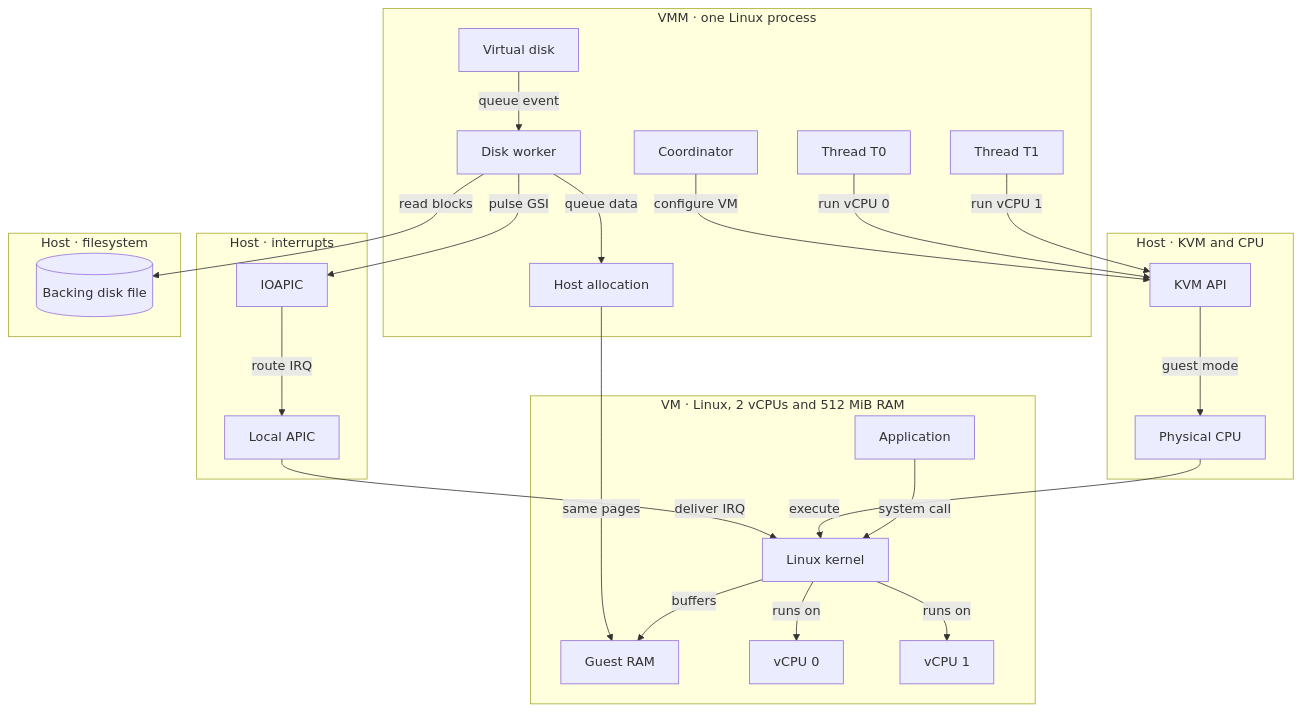
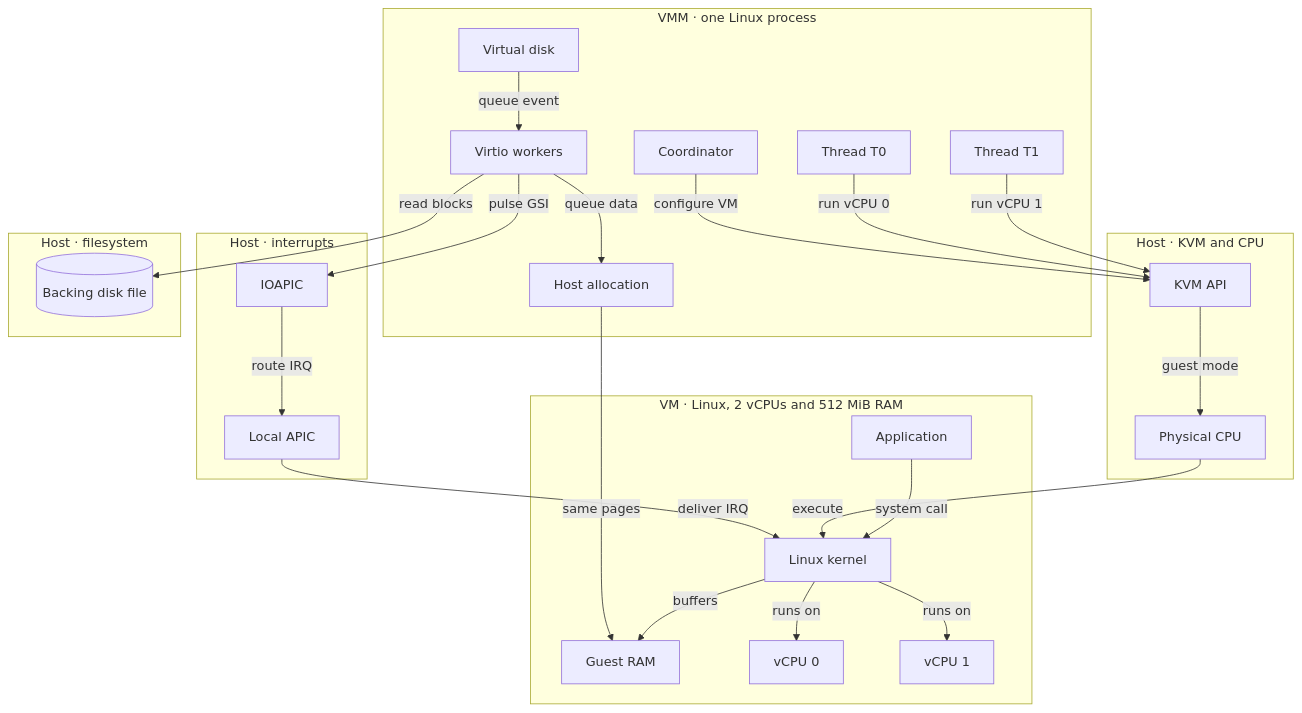
One commit to boxlite-ai/boxlite changed the first of 14 diagrams in docs/contributing/architecture/vmm/kvm.md. Above: the diagram before and after it, drawn with Mermaid. The commit also changed other lines of this file and 21 other files, not shown here.

First line of the commit message:
feat(vmm): add the virtio workers

````diff
--- a/docs/contributing/architecture/vmm/kvm.md
+++ b/docs/contributing/architecture/vmm/kvm.md
@@ -16,45 +16,45 @@
 ```mermaid
 flowchart TB
   subgraph vmm["VMM · one Linux process"]
     disk["Virtual disk"]
-    worker["Disk worker"]
+    worker["Virtio workers"]
     backing["Host allocation"]
     coordinator["Coordinator"]
     thread0["Thread T0"]
     thread1["Thread T1"]
   end
   subgraph host["Host · KVM and CPU"]
     host_api["KVM API"]
     physical_cpu["Physical CPU"]
   end
   subgraph irqchip["Host · interrupts"]
     ioapic["IOAPIC"]
     lapic["Local APIC"]
   end
   subgraph storage["Host · filesystem"]
     disk_file[("Backing disk file")]
   end
   subgraph guest["VM · Linux, 2 vCPUs and 512 MiB RAM"]
     guest_ram["Guest RAM"]
     program["Application"]
     kernel["Linux kernel"]
     vcpu0["vCPU 0"]
     vcpu1["vCPU 1"]
   end
   disk kvm_2_e1@-->|"queue event"| worker
   worker kvm_2_e2@-->|"read blocks"| disk_file
   worker kvm_2_e3@-->|"queue data"| backing
   backing kvm_2_e4@-->|"same pages"| guest_ram
   kernel kvm_2_e5@-->|"buffers"| guest_ram
   worker kvm_2_e6@-->|"pulse GSI"| ioapic
   ioapic kvm_2_e7@-->|"route IRQ"| lapic
   lapic kvm_2_e8@-->|"deliver IRQ"| kernel
   coordinator kvm_1_e1@-->|"configure VM"| host_api
   thread0 kvm_1_e2@-->|"run vCPU 0"| host_api
   thread1 kvm_1_e3@-->|"run vCPU 1"| host_api
   host_api kvm_1_e4@-->|"guest mode"| physical_cpu
   physical_cpu kvm_1_e5@-->|"execute"| kernel
   program kvm_1_e6@-->|"system call"| kernel
   kernel kvm_1_e7@-->|"runs on"| vcpu0
   kernel kvm_1_e8@-->|"runs on"| vcpu1
 ```
````
